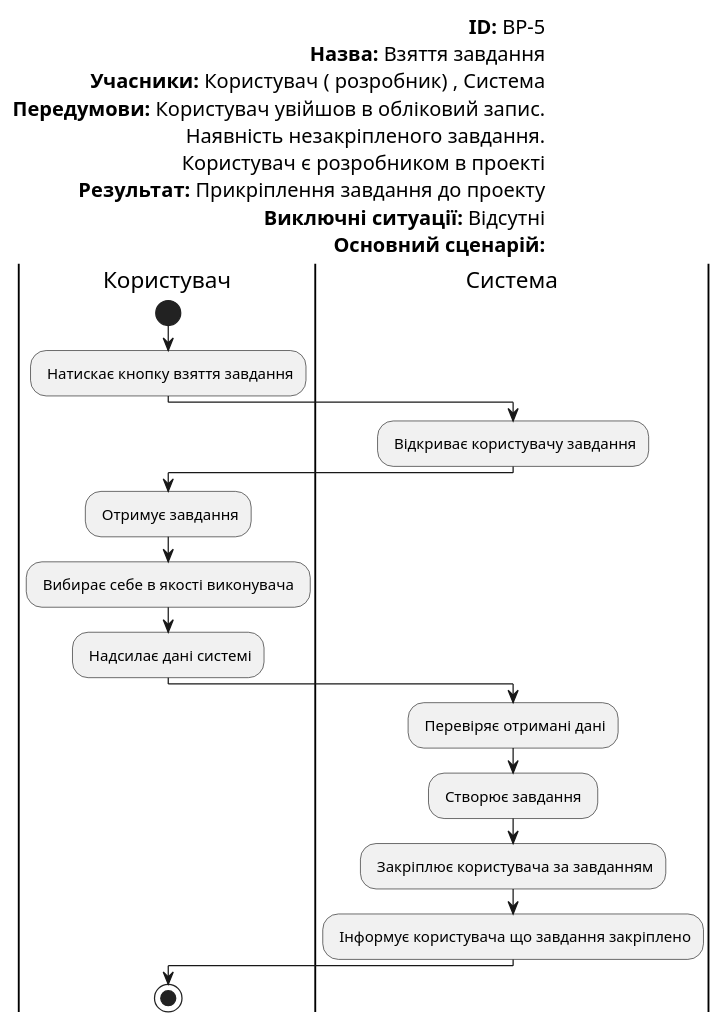
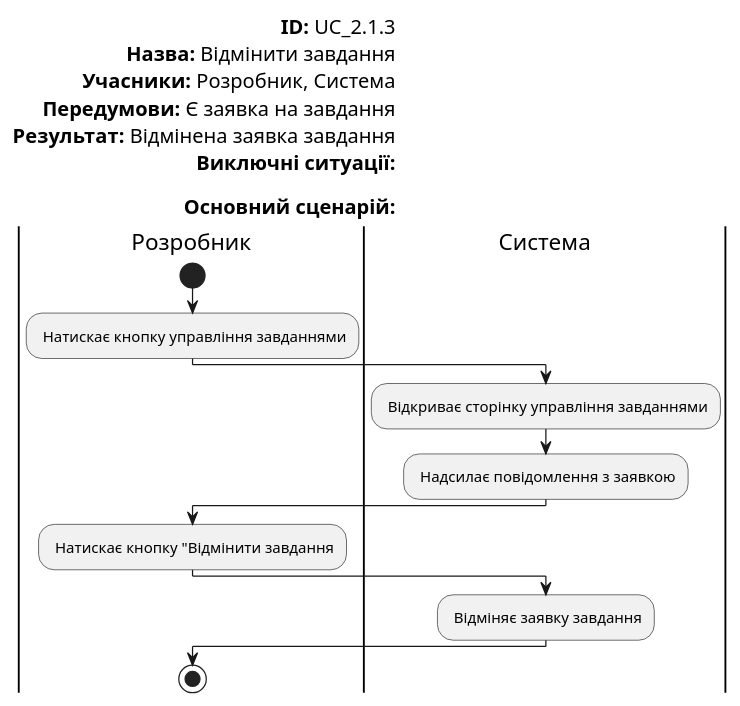
Before and after one commit to edu-db/edu_db_labs: the ninth of 19 diagrams in docs/use cases/README.md, drawn with PlantUML. The commit also changed other lines of this file, not shown here.

```diff
--- a/docs/use cases/README.md
+++ b/docs/use cases/README.md
@@ -353,39 +319,26 @@
 @startuml
 
     left header
-<font color=000 size=16><b>ID:</b> ВP-5
-<font color=000 size=16><b>Назва:</b> Взяття завдання
-<font color=000 size=16><b>Учасники:</b> Користувач ( розробник) , Система
-<font color=000 size=16><b>Передумови:</b> Користувач увійшов в обліковий запис.
-<font color=000 size=16>Наявність незакріпленого завдання.
-<font color=000 size=16>Користувач є розробником в проекті
-<font color=000 size=16><b>Результат:</b> Прикріплення завдання до проекту
-<font color=000 size=16><b>Виключні ситуації:</b> Відсутні
-<font color=000 size=16><b>Основний сценарій:</b>
+    <font color=000 size=16><b>ID:</b> UC_2.1.3
+    <font color=000 size=16><b>Назва:</b> Відмінити завдання
+    <font color=000 size=16><b>Учасники:</b> Розробник, Система
+    <font color=000 size=16><b>Передумови:</b> Є заявка на завдання
+    <font color=000 size=16><b>Результат:</b> Відмінена заявка завдання
+    <font color=000 size=16><b>Виключні ситуації:</b>
+
+    <font color=000 size=16><b>Основний сценарій:</b>
 end header
 
-|Користувач|
-    start
-    : Натискає кнопку взяття завдання;
-|Система|
-    : Відкриває користувачу завдання;
-|Користувач|
-    : Отримує завдання;
-|Користувач|
-    : Вибирає себе в якості виконувача ;
-|Користувач|
-    : Надсилає дані системі;
-|Система|   
-    : Перевіряє отримані дані;
-    
-
-|Система|   
-    : Створює завдання ;
- 
-    : Закріплює користувача за завданням;
-    
-    : Інформує користувача що завдання закріплено;
-    
-|Користувач|
-    stop;
+    |Розробник|
+        start
+        : Натискає кнопку управління завданнями;
+    |Система|
+        : Відкриває сторінку управління завданнями;
+        : Надсилає повідомлення з заявкою;
+    |Розробник|
+        : Натискає кнопку "Відмінити завдання;
+    |Система|   
+        : Відміняє заявку завдання;
+    |Розробник|
+        stop;
 @enduml
```
